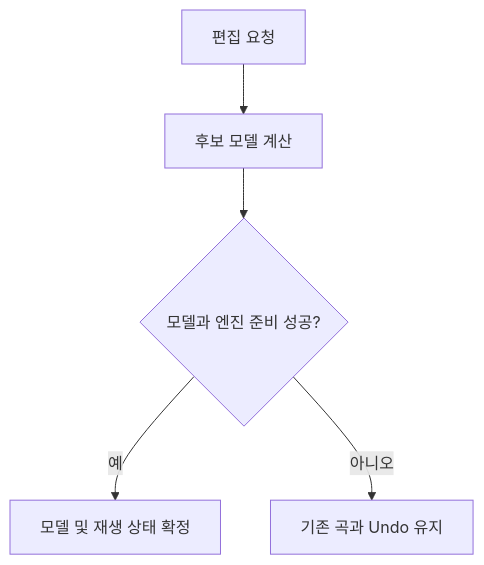
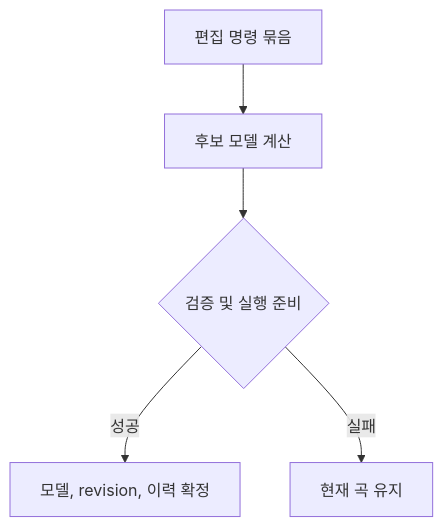
Before and after one commit to whizzkid1452/blog: the diagram in content/posts/ayotbi-edit-engine.md, drawn with Mermaid. The commit also changed other lines of this file and 23 other files, not shown here.

````diff
--- a/content/posts/ayotbi-edit-engine.md
+++ b/content/posts/ayotbi-edit-engine.md
@@ -29,7 +31,7 @@
 ```mermaid
 flowchart TD
-    R["편집 요청"] --> C["후보 모델 계산"]
-    C --> V{"모델과 엔진 준비 성공?"}
-    V -->|예| A["모델 및 재생 상태 확정"]
-    V -->|아니오| K["기존 곡과 Undo 유지"]
+    C["편집 명령 묶음"] --> P["후보 모델 계산"]
+    P --> V{"검증 및 실행 준비"}
+    V -->|성공| A["모델, revision, 이력 확정"]
+    V -->|실패| K["현재 곡 유지"]
 ```
````
